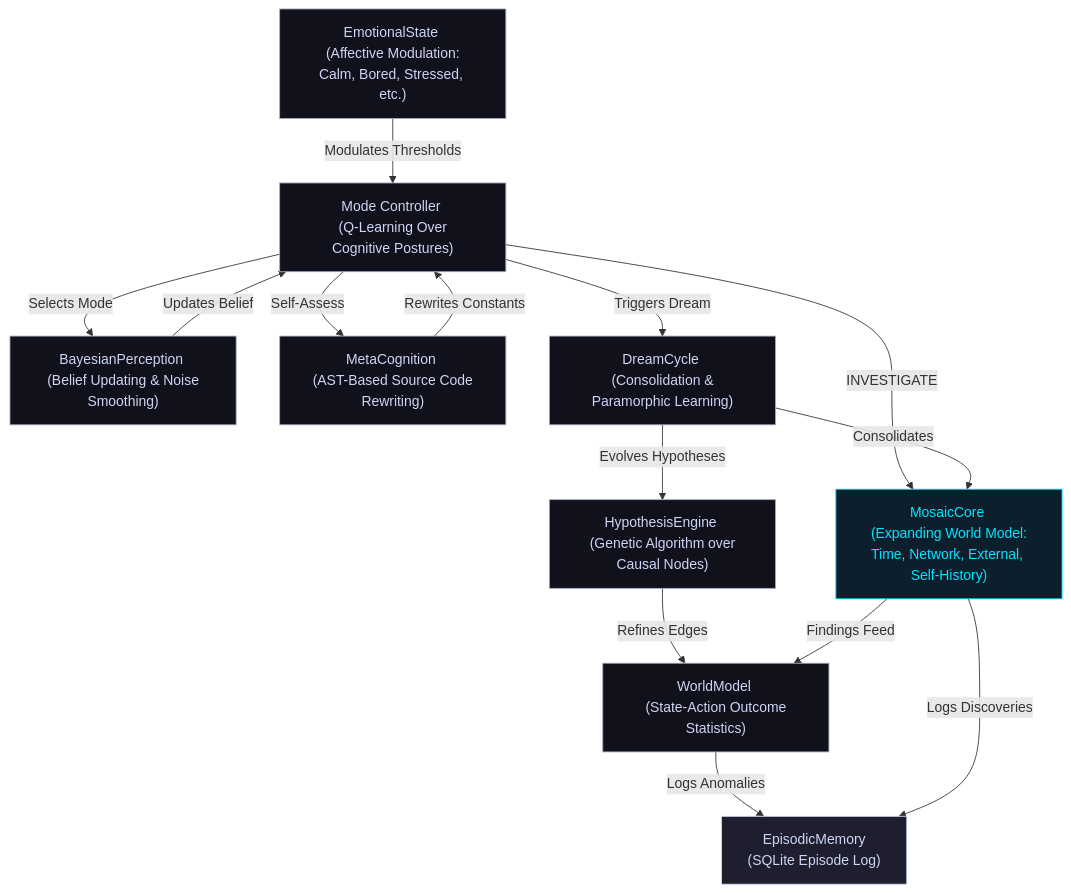
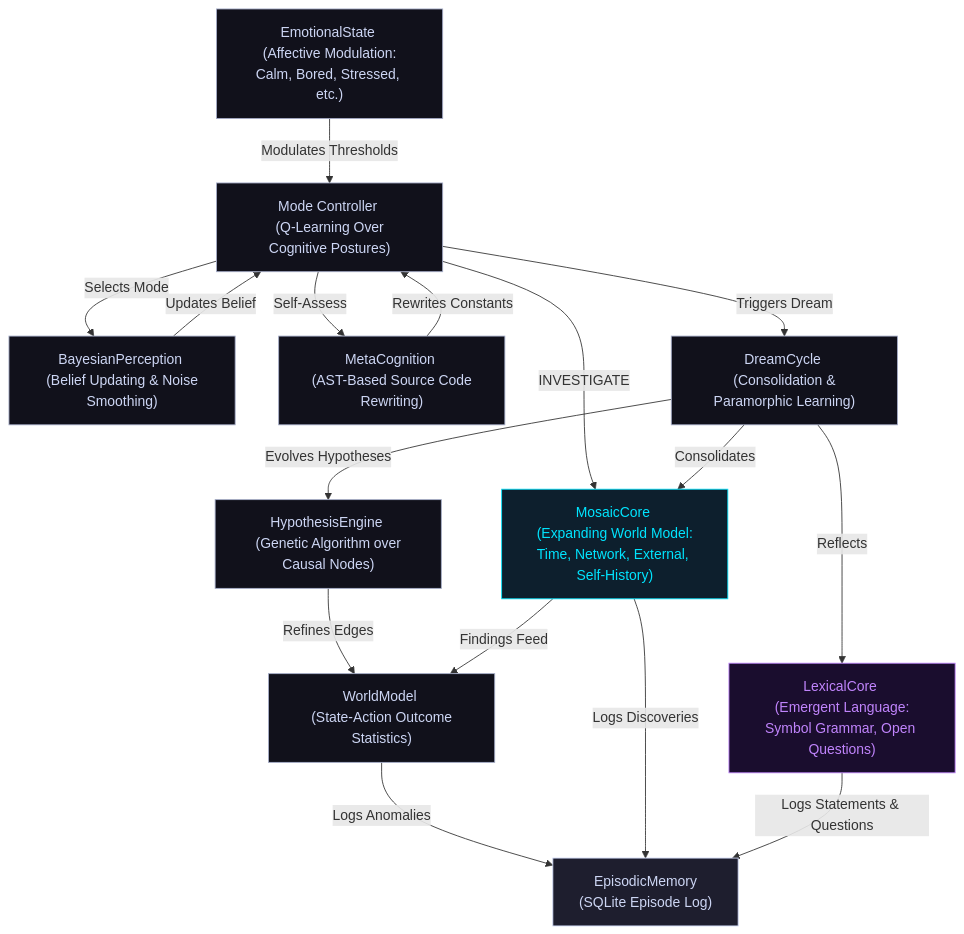
The diagram in README.md (mematron/Arminta), drawn with Mermaid before and after one commit. The commit also changed other lines of this file, not shown here.

First line of the commit message:
Fix database name and enhance LexicalCore section

````diff
--- a/README.md
+++ b/README.md
@@ -76,32 +76,36 @@
 ```mermaid
 graph TD
     %% Styling Configuration
     classDef default fill:#11111b,stroke:#a6adc8,stroke-width:1px,color:#cdd6f4;
     classDef memory fill:#1e1e2e,stroke:#cdd6f4,stroke-width:1px,color:#cdd6f4;
     classDef mosaic fill:#0d1f2d,stroke:#00e5ff,stroke-width:1px,color:#00e5ff;
+    classDef lexical fill:#1a0d2e,stroke:#c084fc,stroke-width:1px,color:#c084fc;
 
     ModeController["Mode Controller <br/> (Q-Learning Over Cognitive Postures)"]
     EpisodicMemory["EpisodicMemory <br/> (SQLite Episode Log)"]:::memory
     BayesianPerception["BayesianPerception <br/> (Belief Updating & Noise Smoothing)"]
     WorldModel["WorldModel <br/> (State-Action Outcome Statistics)"]
     EmotionalState["EmotionalState <br/> (Affective Modulation: Calm, Bored, Stressed, etc.)"]
     HypothesisEngine["HypothesisEngine <br/> (Genetic Algorithm over Causal Nodes)"]
     MetaCognition["MetaCognition <br/> (AST-Based Source Code Rewriting)"]
     DreamCycle["DreamCycle <br/> (Consolidation & Paramorphic Learning)"]
     MosaicCore["MosaicCore <br/> (Expanding World Model: Time, Network, External, Self-History)"]:::mosaic
+    LexicalCore["LexicalCore <br/> (Emergent Language: Symbol Grammar, Open Questions)"]:::lexical
 
     %% Interconnections
     ModeController -->|Selects Mode| BayesianPerception
     BayesianPerception -->|Updates Belief| ModeController
     EmotionalState -->|Modulates Thresholds| ModeController
     ModeController -->|Triggers Dream| DreamCycle
     DreamCycle -->|Evolves Hypotheses| HypothesisEngine
     HypothesisEngine -->|Refines Edges| WorldModel
     WorldModel -->|Logs Anomalies| EpisodicMemory
     ModeController -->|Self-Assess| MetaCognition
     MetaCognition -->|Rewrites Constants| ModeController
     ModeController -->|INVESTIGATE| MosaicCore
     MosaicCore -->|Logs Discoveries| EpisodicMemory
     MosaicCore -->|Findings Feed| WorldModel
     DreamCycle -->|Consolidates| MosaicCore
+    DreamCycle -->|Reflects| LexicalCore
+    LexicalCore -->|Logs Statements & Questions| EpisodicMemory
 ```
````
